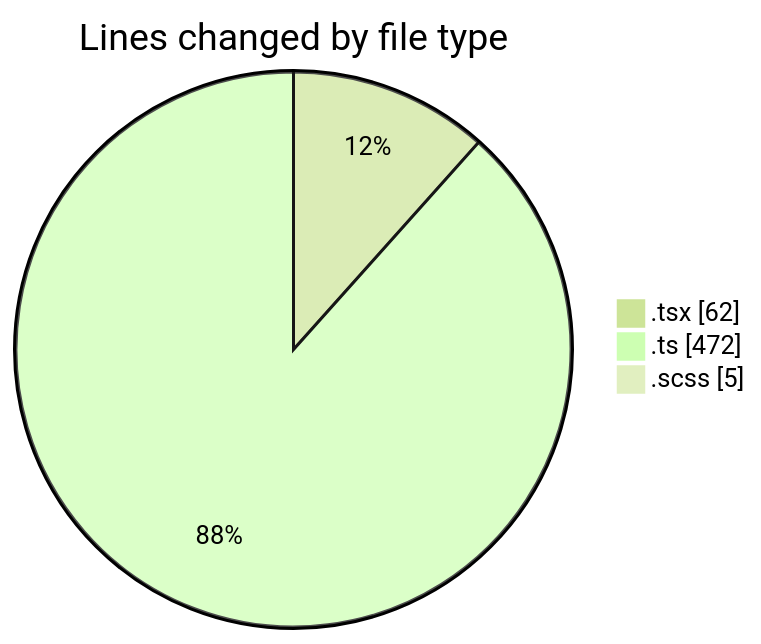
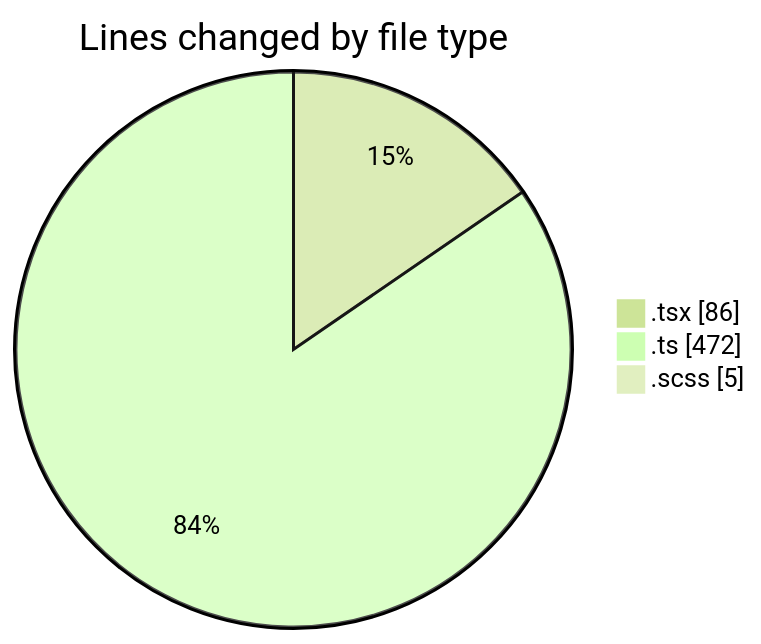
Before and after one commit to momahboobian/code-tracking: the first of 2 diagrams in 2025-10-07/cda/README.md, drawn with Mermaid (forest theme). The commit also changed other lines of this file and 1 other file, not shown here.

````diff
--- a/2025-10-07/cda/README.md
+++ b/2025-10-07/cda/README.md
@@ -25,7 +25,7 @@
 ```mermaid
 pie showData
 title Lines changed by file type
-".tsx" : 62
+".tsx" : 86
 ".ts" : 472
 ".scss" : 5
 ```
````
